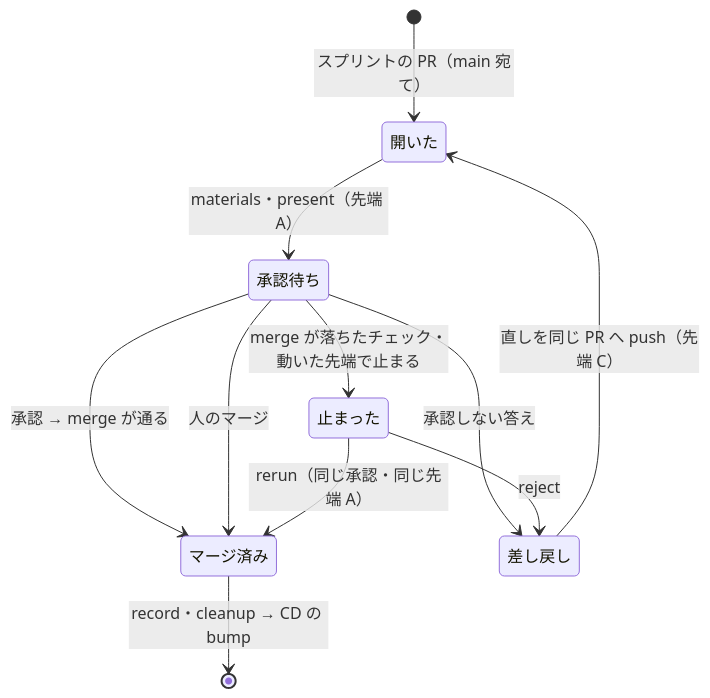
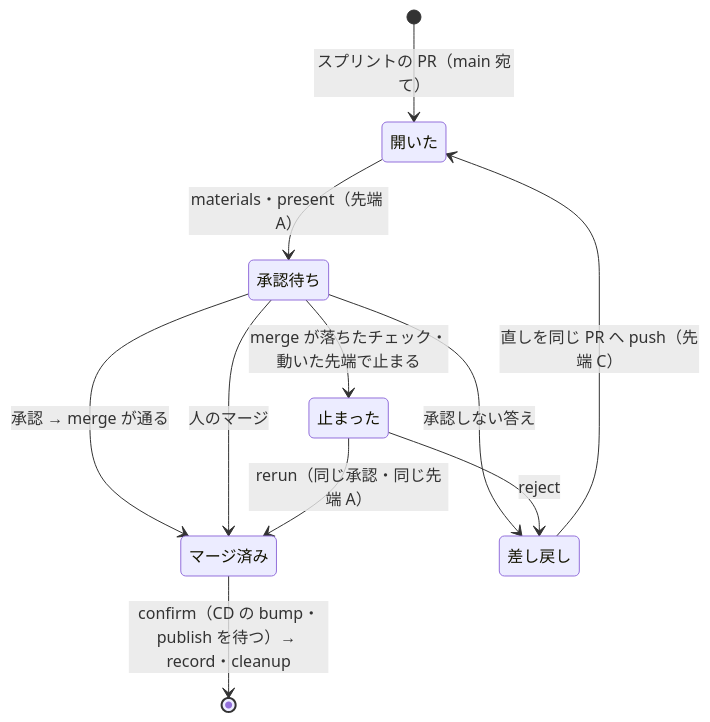
One commit to devbasex/ai-plugins changed the fourth of 4 diagrams in issues/issue-3572-design.md. Above: the diagram before and after it, drawn with Mermaid. The commit also changed other lines of this file and 3 other files, not shown here.

````diff
--- a/issues/issue-3572-design.md
+++ b/issues/issue-3572-design.md
@@ -358,13 +422,13 @@
 ```mermaid
 stateDiagram-v2
     [*] --> 開いた: スプリントの PR（main 宛て）
     開いた --> 承認待ち: materials・present（先端 A）
     承認待ち --> マージ済み: 承認 → merge が通る
     承認待ち --> マージ済み: 人のマージ
     承認待ち --> 差し戻し: 承認しない答え
     承認待ち --> 止まった: merge が落ちたチェック・動いた先端で止まる
     止まった --> マージ済み: rerun（同じ承認・同じ先端 A）
     止まった --> 差し戻し: reject
     差し戻し --> 開いた: 直しを同じ PR へ push（先端 C）
-    マージ済み --> [*]: record・cleanup → CD の bump
+    マージ済み --> [*]: confirm（CD の bump・publish を待つ）→ record・cleanup
 ```
````
